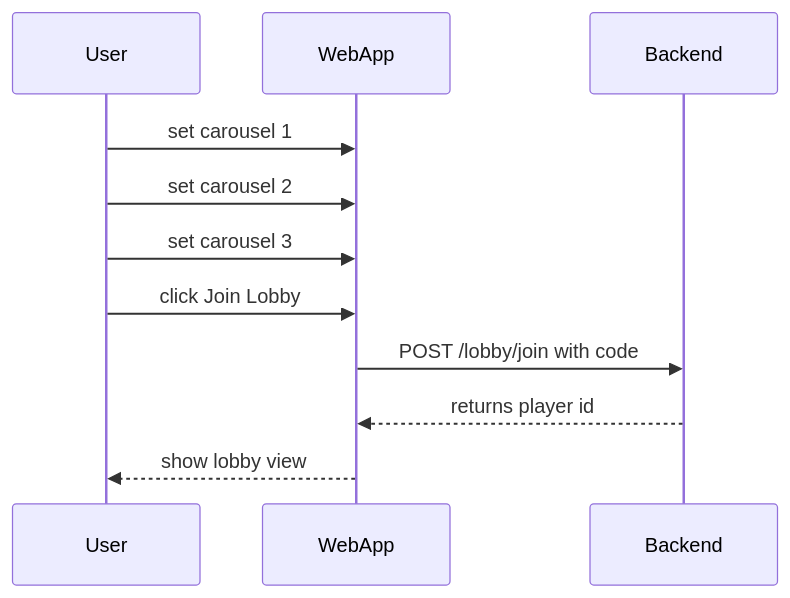
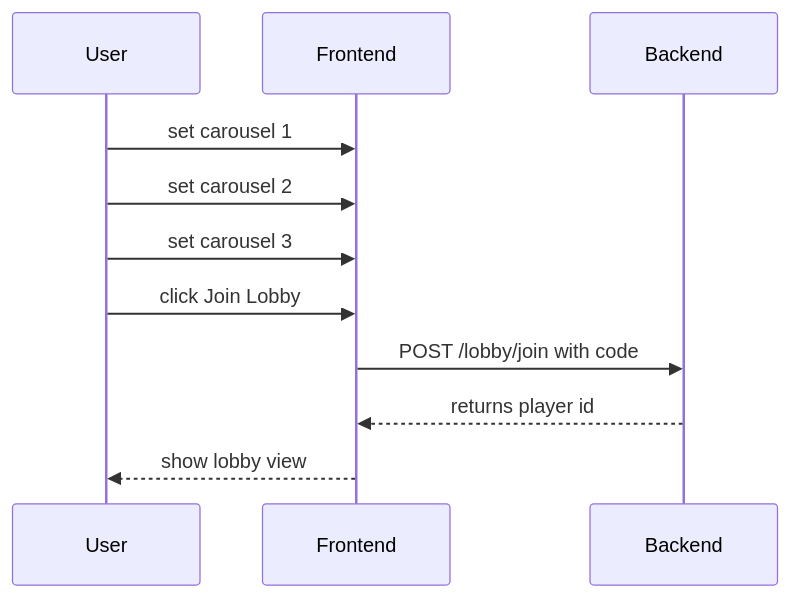
One commit to Capstone-Projects-2025-Spring/aac-go-fish changed the fifth of 19 diagrams in documentation/docs/system-architecture/use-case-sequences.md. Above: the diagram before and after it, drawn with Mermaid. The commit also changed other lines of this file and 2 other files, not shown here.

````diff
--- a/documentation/docs/system-architecture/use-case-sequences.md
+++ b/documentation/docs/system-architecture/use-case-sequences.md
@@ -79,14 +79,14 @@
 ```mermaid
 sequenceDiagram
     participant User
-    participant WebApp
+    participant Frontend
     participant Backend
 
-    User->>WebApp: set carousel 1
-    User->>WebApp: set carousel 2
-    User->>WebApp: set carousel 3
-    User->>WebApp: click Join Lobby
-    WebApp->>Backend: POST /lobby/join with code
-    Backend-->>WebApp: returns player id
-    WebApp-->>User: show lobby view
+    User->>Frontend: set carousel 1
+    User->>Frontend: set carousel 2
+    User->>Frontend: set carousel 3
+    User->>Frontend: click Join Lobby
+    Frontend->>Backend: POST /lobby/join with code
+    Backend-->>Frontend: returns player id
+    Frontend-->>User: show lobby view
 ```
````
